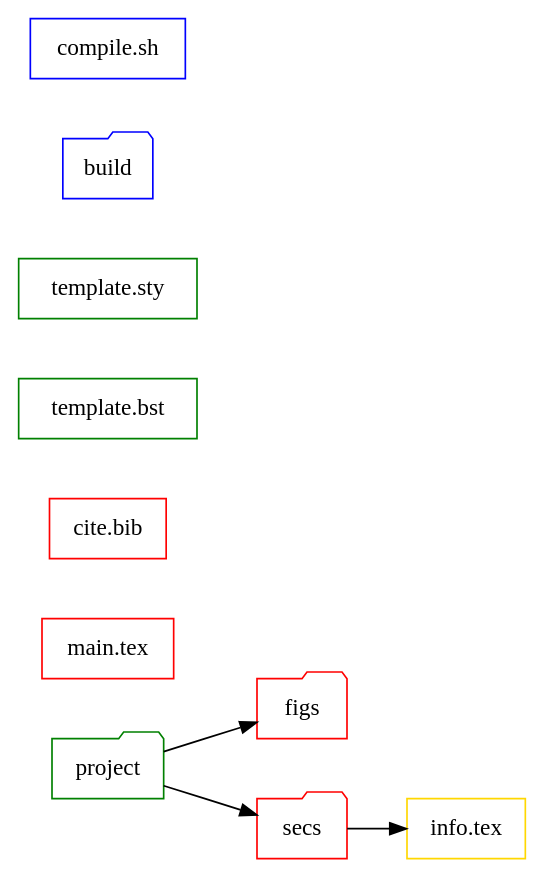
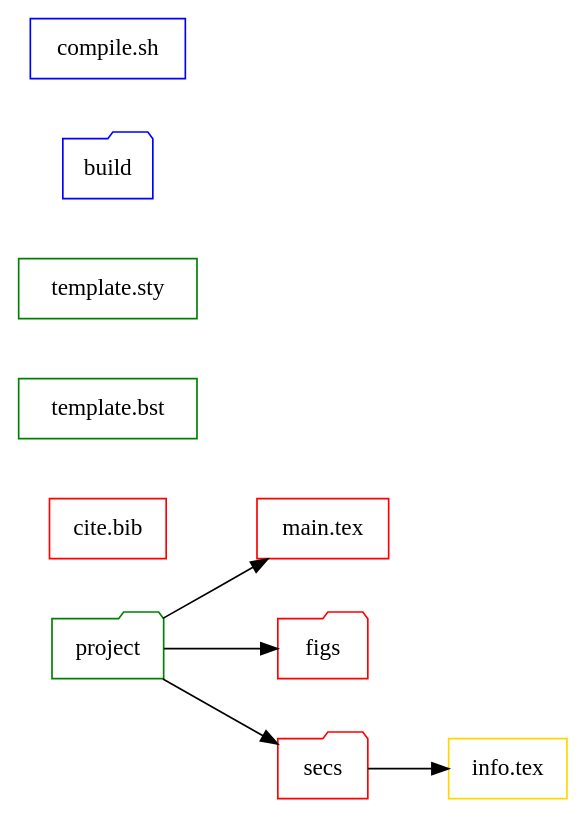
Before and after one commit to bwtian/texTemplate: the diagram in texTemplate.org, drawn with Graphviz. The commit also changed other lines of this file and 1 other file, not shown here.

Commit message:
- ‘.#texTemplate.org’ / ‘texTemplate.org’

```diff
--- a/texTemplate.org
+++ b/texTemplate.org
@@ -4,27 +4,27 @@
 #+BEGIN_SRC dot :file ./texTemplate.svg
   digraph {
   rankdir = LR
   fontname="Times";
   fontsize = 12;
   splines = false;
   ranksep = 0.5;
   nodesep = 0.5;
   node [shape = box]
   //1. set node
   proj [label = "project", color = green, shape="folder"]
   info [label = "info.tex", color = gold]
   main [label = "main.tex", color = red]
   bib [label = "cite.bib", color = red]
   bst [label = "template.bst", color = green]
   sty [label = "template.sty", color = green]
   fig [label = "figs", color=red, shape="folder"]
   sec [label = "secs", color=red, shape="folder"]
   build [label  = "build", color = blue, shape="folder"]
   gen [label = "compile.sh", color = blue]
   //2. set path
-  proj -> {fig sec}
+  proj -> {fig sec main}
   sec -> {info}
   //3. set rank
 
   }
 #+END_SRC
```
